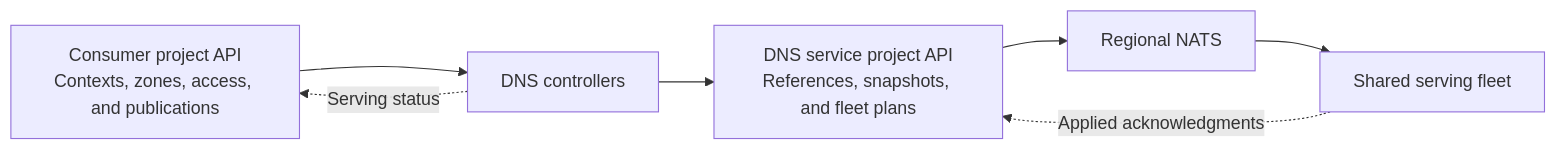
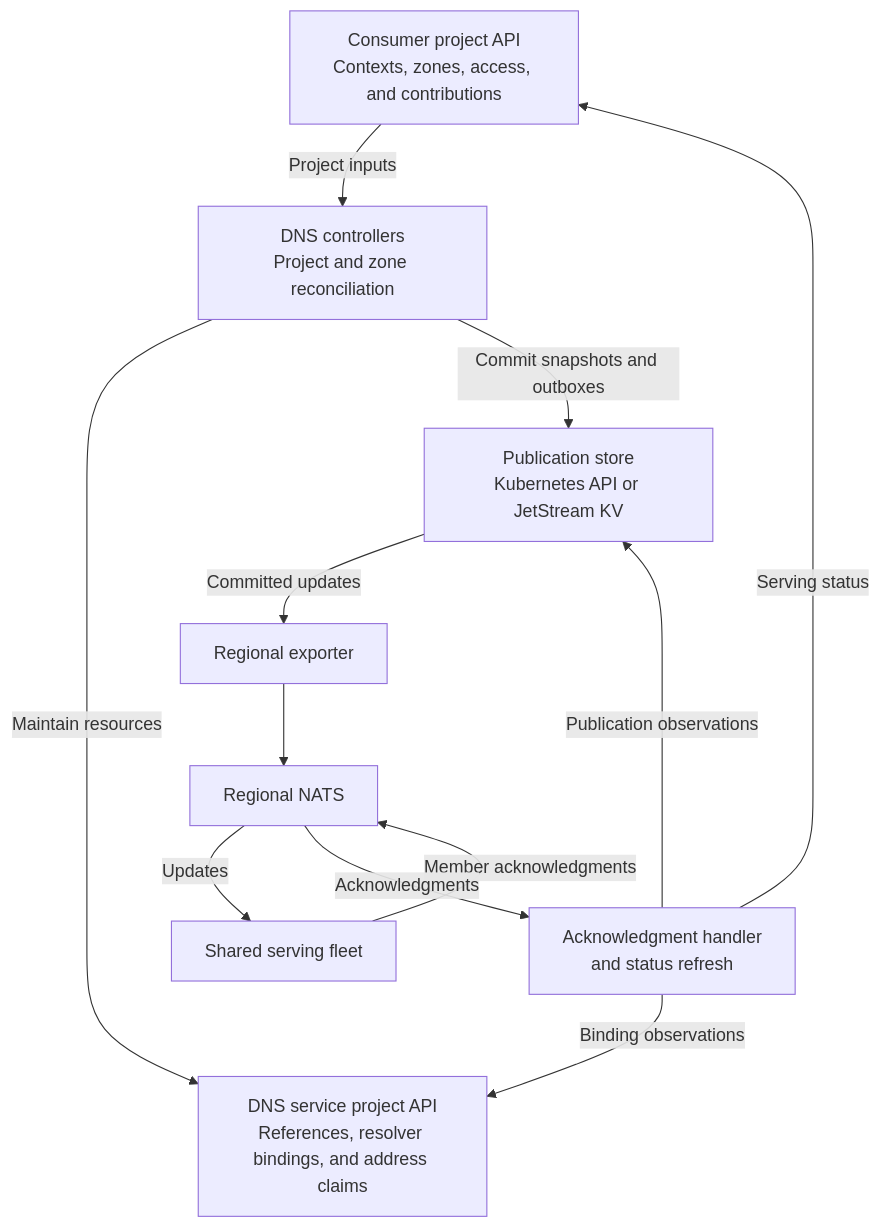
The first of 5 diagrams in docs/architecture/internal-dns/README.md (datum-cloud/dns-operator), drawn with Mermaid before and after one commit. The commit also changed other lines of this file and 4 other files, not shown here.

Commit message:
docs: Explain Private DNS resolution and record updates

````diff
--- a/docs/architecture/internal-dns/README.md
+++ b/docs/architecture/internal-dns/README.md
@@ -97,11 +106,24 @@
 ```mermaid
-flowchart LR
-  P["Consumer project API<br/>Contexts, zones, access, and publications"]
-  C[DNS controllers]
-  D["DNS service project API<br/>References, snapshots, and fleet plans"]
+flowchart TB
+  accTitle: Private DNS control-plane boundaries
+  accDescr: Controllers read consumer project resources and maintain service API resources. They commit snapshots to a publication store. An exporter sends committed updates through regional NATS to serving agents. Agents return acknowledgments through NATS; controllers record them and update project status.
+  P["Consumer project API<br/>Contexts, zones, access, and contributions"]
+  C["DNS controllers<br/>Project and zone reconciliation"]
+  D["DNS service project API<br/>References, resolver bindings, and address claims"]
+  S["Publication store<br/>Kubernetes API or JetStream KV"]
+  X[Regional exporter]
   N[Regional NATS]
   E[Shared serving fleet]
-  P --> C --> D --> N --> E
-  E -.->|Applied acknowledgments| D
-  C -.->|Serving status| P
+  A["Acknowledgment handler<br/>and status refresh"]
+  P -->|Project inputs| C
+  C -->|Maintain resources| D
+  C -->|Commit snapshots and outboxes| S
+  S -->|Committed updates| X
+  X --> N
+  N -->|Updates| E
+  E -->|Member acknowledgments| N
+  N -->|Acknowledgments| A
+  A -->|Publication observations| S
+  A -->|Binding observations| D
+  A -->|Serving status| P
 ```
````
